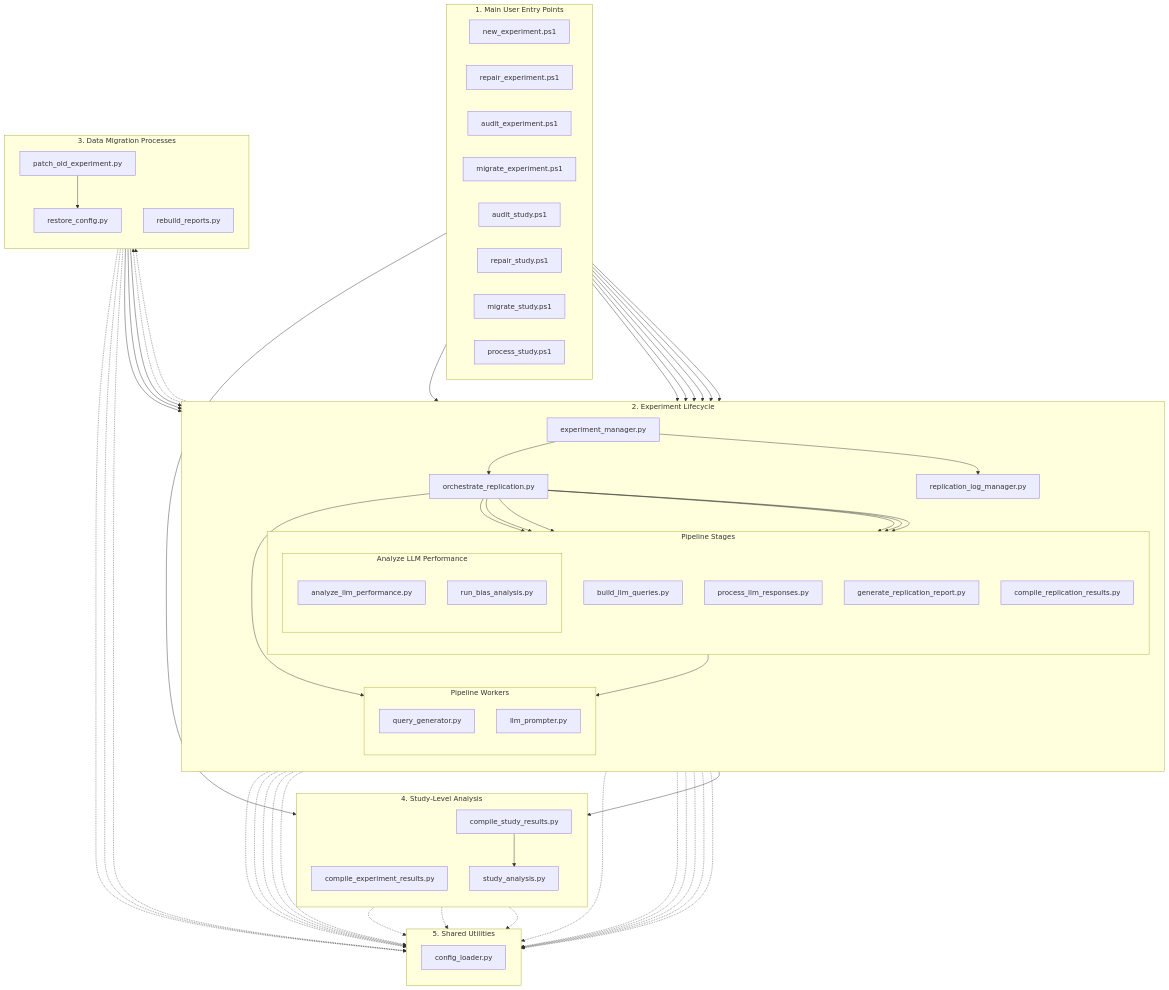
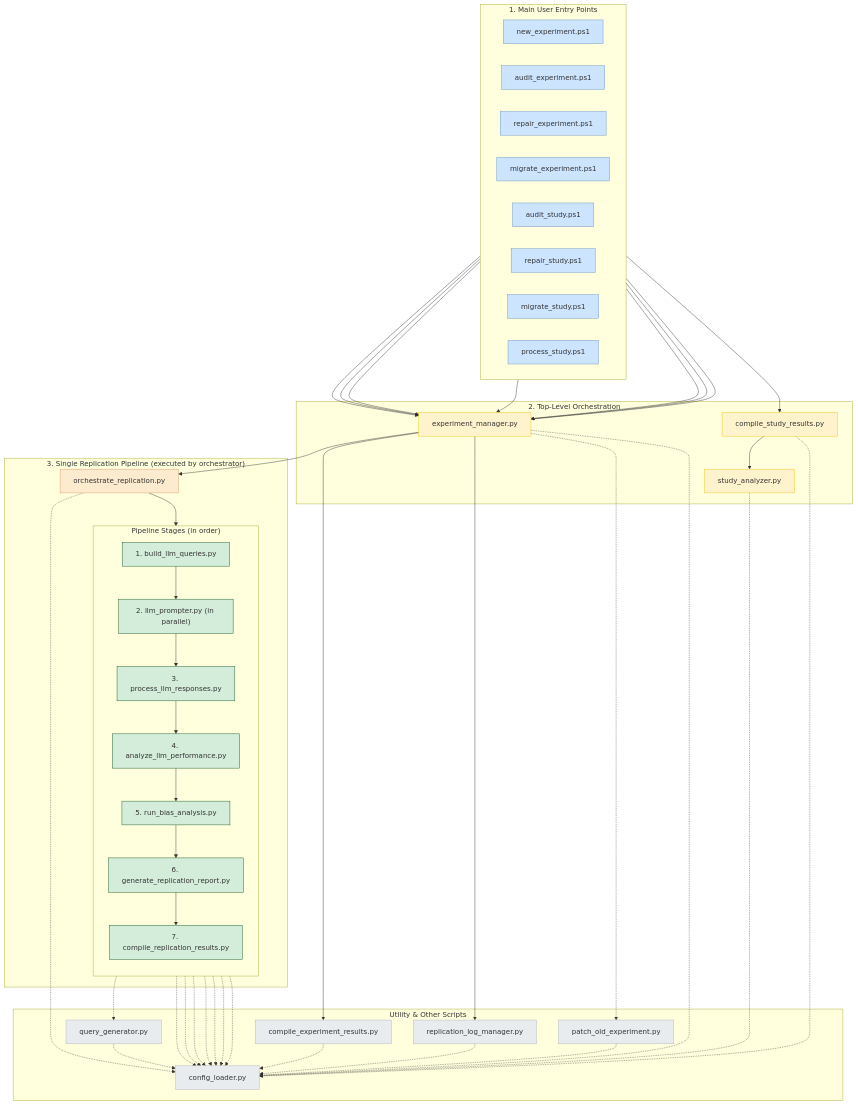
One commit to peterjmarko/llm-narrative-framework changed the diagram in docs/diagrams/arch_main_codebase.mmd. Above: the diagram before and after it, drawn with Mermaid. The commit also changed 17 other files, not shown here.

```diff
--- a/docs/diagrams/arch_main_codebase.mmd
+++ b/docs/diagrams/arch_main_codebase.mmd
@@ -1,111 +1,96 @@
 graph TD
     subgraph "1. Main User Entry Points"
         direction LR
         new_experiment_ps1["new_experiment.ps1"]
+        audit_experiment_ps1["audit_experiment.ps1"]
         repair_experiment_ps1["repair_experiment.ps1"]
-        audit_experiment_ps1["audit_experiment.ps1"]
         migrate_experiment_ps1["migrate_experiment.ps1"]
         audit_study_ps1["audit_study.ps1"]
         repair_study_ps1["repair_study.ps1"]
         migrate_study_ps1["migrate_study.ps1"]
         process_study_ps1["process_study.ps1"]
     end
 
-    subgraph "2. Experiment Lifecycle"
-        direction TB
+    subgraph "2. Top-Level Orchestration"
         exp_manager["experiment_manager.py"]
+        compile_study_results_py["compile_study_results.py"]
+        study_analysis["study_analyzer.py"]
+    end
+
+    subgraph "3. Single Replication Pipeline (executed by orchestrator)"
         orchestrator["orchestrate_replication.py"]
         
-        subgraph "Pipeline Stages"
+        subgraph "Pipeline Stages (in order)"
             direction TB
-            build_queries["build_llm_queries.py"]
-            process_responses["process_llm_responses.py"]
-            subgraph "Analyze LLM Performance"
-                direction TB
-                analyze_performance["analyze_llm_performance.py"]
-                run_bias["run_bias_analysis.py"]
-            end
-            generate_report["generate_replication_report.py"]
-            compile_replication["compile_replication_results.py"]
+            stage1["1. build_llm_queries.py"]
+            stage2["2. llm_prompter.py (in parallel)"]
+            stage3["3. process_llm_responses.py"]
+            stage4["4. analyze_llm_performance.py"]
+            stage4b["5. run_bias_analysis.py"]
+            stage5["6. generate_replication_report.py"]
+            stage6["7. compile_replication_results.py"]
         end
-        
-        subgraph "Pipeline Workers"
-            direction TB
-            query_generator["query_generator.py"]
-            llm_prompter["llm_prompter.py"]
-        end
-
-        log_manager["replication_log_manager.py"]
     end
 
-    subgraph "3. Data Migration Processes"
-        direction TB
+    subgraph "Utility & Other Scripts"
+        query_generator["query_generator.py"]
+        log_manager["replication_log_manager.py"]
+        compile_experiment["compile_experiment_results.py"]
         patch_old["patch_old_experiment.py"]
-        restore_config["restore_config.py"]
-        rebuild_reports["rebuild_reports.py"]
+        config_loader["config_loader.py"]
     end
 
-    subgraph "4. Study-Level Analysis"
-        direction TB
-        compile_experiment["compile_experiment_results.py"]
-        compile_study_results_py["compile_study_results.py"]
-        study_analysis["study_analysis.py"]
-    end
-
-    subgraph "5. Shared Utilities"
-        direction TB
-        config_loader["config_loader.py"]
-    end
-    
-    %% --- Main Workflow Connections ---
-    new_experiment_ps1 --> exp_manager
-    repair_experiment_ps1 --> exp_manager
-    audit_experiment_ps1 --> exp_manager
-    audit_study_ps1 --> exp_manager
-    migrate_experiment_ps1 --> exp_manager
-    repair_study_ps1 --> exp_manager
-    migrate_study_ps1 --> exp_manager
+    %% --- Connections ---
+    new_experiment_ps1 & audit_experiment_ps1 & repair_experiment_ps1 & migrate_experiment_ps1 & audit_study_ps1 & repair_study_ps1 & migrate_study_ps1 --> exp_manager
     process_study_ps1 --> compile_study_results_py
+    compile_study_results_py --> study_analysis
 
     exp_manager --> orchestrator
     exp_manager --> compile_experiment
     exp_manager --> log_manager
     exp_manager -.-> patch_old
-    exp_manager -.-> rebuild_reports
 
-    orchestrator --> build_queries
-    orchestrator --> llm_prompter
-    orchestrator --> process_responses
-    orchestrator --> analyze_performance
-    orchestrator --> run_bias
-    orchestrator --> generate_report
-    orchestrator --> compile_replication
+    %% Sequential Pipeline Execution
+    orchestrator --> stage1
+    stage1 --> stage2
+    stage2 --> stage3
+    stage3 --> stage4
+    stage4 --> stage4b
+    stage4b --> stage5
+    stage5 --> stage6
 
-    build_queries --> query_generator
+    %% Worker Connections
+    stage1 -.-> query_generator
 
-    compile_study_results_py --> study_analysis
+    %% Import Connections (dotted)
+    exp_manager & orchestrator & stage1 & stage2 & stage3 & stage4 & stage4b & stage5 & stage6 & query_generator & log_manager & compile_experiment & compile_study_results_py & study_analysis & patch_old -.-> config_loader
 
-    %% --- Migration Workflow Connections ---
-    patch_old --> restore_config
-    rebuild_reports --> process_responses
-    rebuild_reports --> analyze_performance
-    rebuild_reports --> run_bias
+    %% --- Inline Styling ---
+    style new_experiment_ps1 fill:#cde4ff,stroke:#6c93be
+    style audit_experiment_ps1 fill:#cde4ff,stroke:#6c93be
+    style repair_experiment_ps1 fill:#cde4ff,stroke:#6c93be
+    style migrate_experiment_ps1 fill:#cde4ff,stroke:#6c93be
+    style audit_study_ps1 fill:#cde4ff,stroke:#6c93be
+    style repair_study_ps1 fill:#cde4ff,stroke:#6c93be
+    style migrate_study_ps1 fill:#cde4ff,stroke:#6c93be
+    style process_study_ps1 fill:#cde4ff,stroke:#6c93be
 
-    %% --- Import Connections (Dotted Lines) ---
-    exp_manager         -.-> config_loader
-    orchestrator        -.-> config_loader
-    build_queries       -.-> config_loader
-    process_responses   -.-> config_loader
-    analyze_performance -.-> config_loader
-    run_bias            -.-> config_loader
-    query_generator     -.-> config_loader
-    llm_prompter        -.-> config_loader
-    patch_old           -.-> config_loader
-    restore_config      -.-> config_loader
-    rebuild_reports     -.-> config_loader
-    compile_study_results_py -.-> config_loader
-    study_analysis      -.-> config_loader
-    log_manager         -.-> config_loader
-    generate_report     -.-> config_loader
-    compile_replication -.-> config_loader
-    compile_experiment  -.-> config_loader
+    style exp_manager fill:#fff3cd,stroke:#f1c40f
+    style compile_study_results_py fill:#fff3cd,stroke:#f1c40f
+    style study_analysis fill:#fff3cd,stroke:#f1c40f
+    
+    style orchestrator fill:#fdebd0,stroke:#e59866
+    
+    style stage1 fill:#d4edda,stroke:#155724
+    style stage2 fill:#d4edda,stroke:#155724
+    style stage3 fill:#d4edda,stroke:#155724
+    style stage4 fill:#d4edda,stroke:#155724
+    style stage4b fill:#d4edda,stroke:#155724
+    style stage5 fill:#d4edda,stroke:#155724
+    style stage6 fill:#d4edda,stroke:#155724
+
+    style query_generator fill:#e9ecef,stroke:#adb5bd
+    style log_manager fill:#e9ecef,stroke:#adb5bd
+    style compile_experiment fill:#e9ecef,stroke:#adb5bd
+    style patch_old fill:#e9ecef,stroke:#adb5bd
+    style config_loader fill:#e9ecef,stroke:#adb5bd
```
